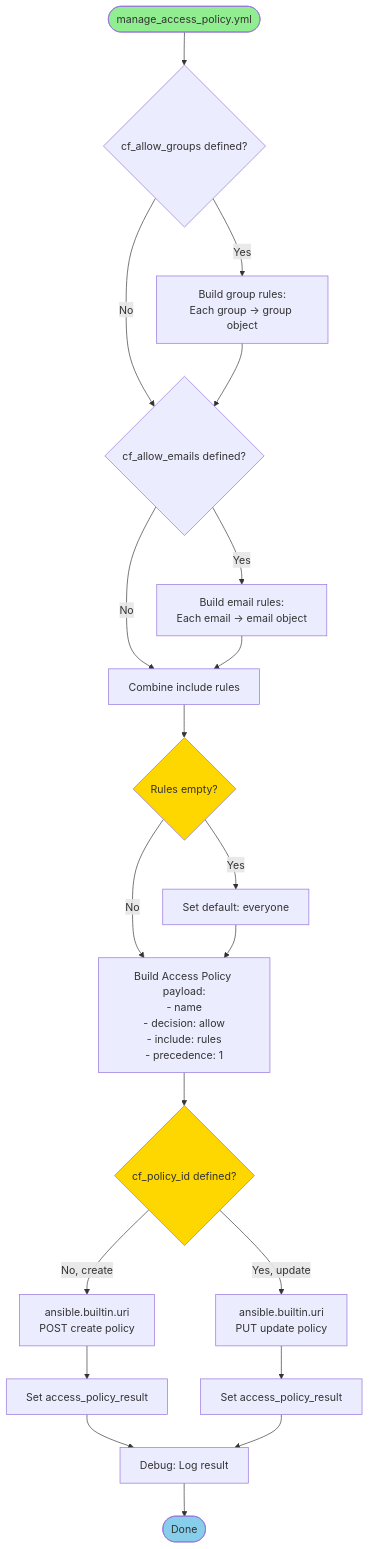
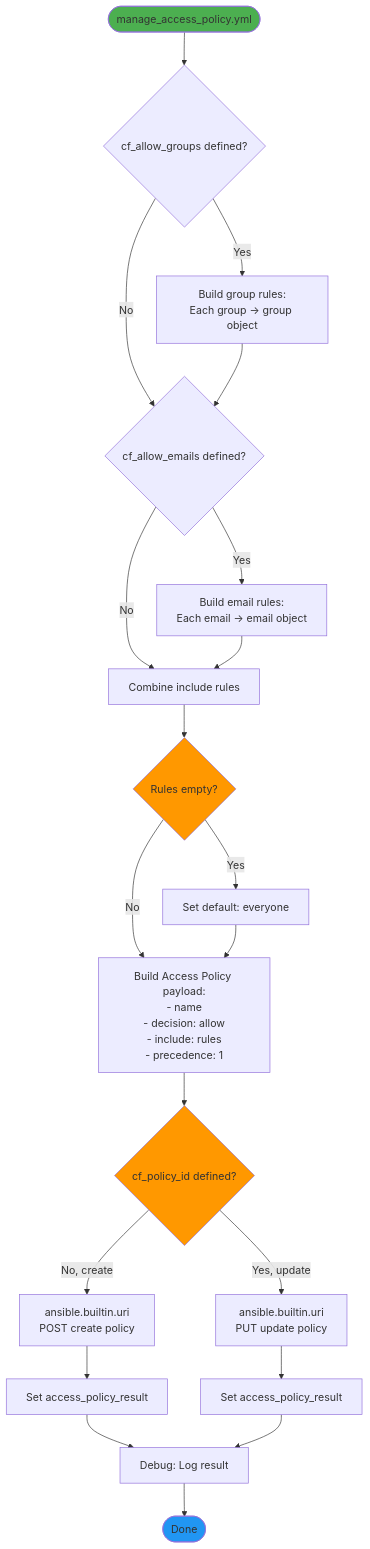
Before and after one commit to wheetazlab/cloudflare-zero-trust-operator: diagram 15 of 20 in docs/flow.md, drawn with Mermaid. The commit also changed other lines of this file and 1 other file, not shown here.

First line of the commit message:
fix: Replace light colors in mermaid diagrams with darker, more readable colors

````diff
--- a/docs/flow.md
+++ b/docs/flow.md
@@ -975,38 +975,38 @@
 ```mermaid
 flowchart TD
     START([manage_access_policy.yml]) --> BUILD_GROUPS{cf_allow_groups defined?}
     
     BUILD_GROUPS -->|Yes| MAP_GROUPS[Build group rules:<br/>Each group → group object]
     BUILD_GROUPS -->|No| BUILD_EMAILS
     
     MAP_GROUPS --> BUILD_EMAILS{cf_allow_emails defined?}
     
     BUILD_EMAILS -->|Yes| MAP_EMAILS[Build email rules:<br/>Each email → email object]
     BUILD_EMAILS -->|No| COMBINE
     
     MAP_EMAILS --> COMBINE[Combine include rules]
     
     COMBINE --> CHECK_EMPTY{Rules empty?}
     CHECK_EMPTY -->|Yes| DEFAULT[Set default: everyone]
     CHECK_EMPTY -->|No| BUILD_PAYLOAD
     
     DEFAULT --> BUILD_PAYLOAD[Build Access Policy payload:<br/>- name<br/>- decision: allow<br/>- include: rules<br/>- precedence: 1]
     
     BUILD_PAYLOAD --> CHECK_ID{cf_policy_id defined?}
     
     CHECK_ID -->|No, create| POST[ansible.builtin.uri<br/>POST create policy]
     CHECK_ID -->|Yes, update| PUT[ansible.builtin.uri<br/>PUT update policy]
     
     POST --> SET_CREATE[Set access_policy_result]
     PUT --> SET_UPDATE[Set access_policy_result]
     
     SET_CREATE --> LOG
     SET_UPDATE --> LOG[Debug: Log result]
     
     LOG --> END([Done])
     
-    style START fill:#90EE90
-    style CHECK_EMPTY fill:#FFD700
-    style CHECK_ID fill:#FFD700
-    style END fill:#87CEEB
+    style START fill:#4CAF50
+    style CHECK_EMPTY fill:#FF9800
+    style CHECK_ID fill:#FF9800
+    style END fill:#2196F3
 ```
````
